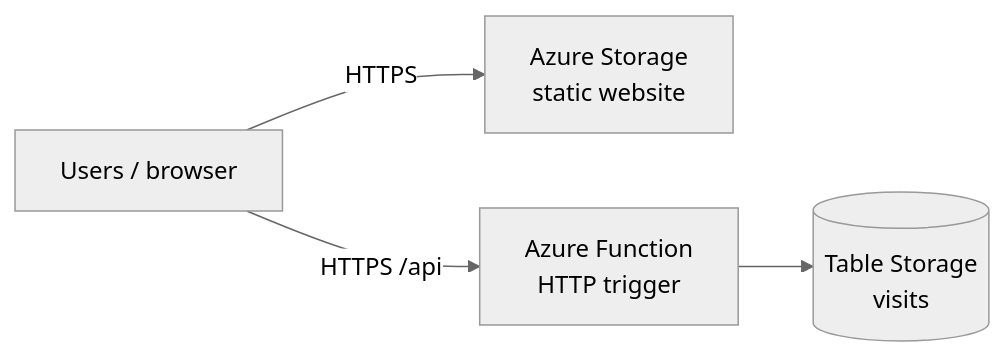
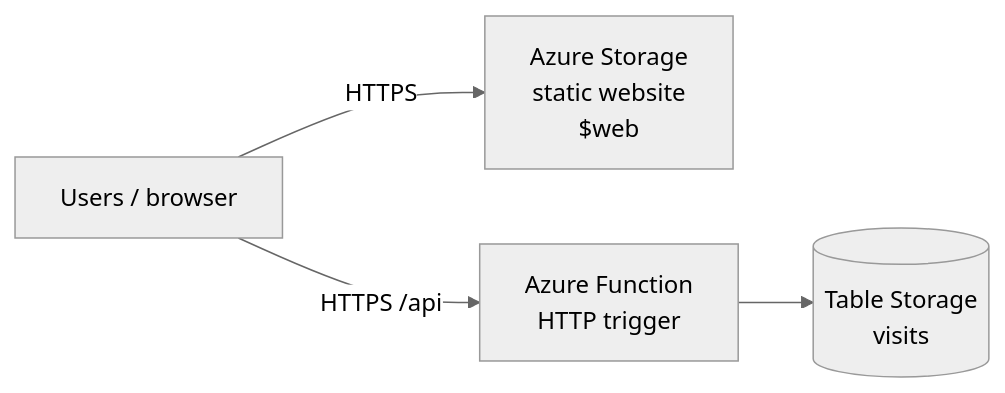
Before and after one commit to mrbobbyboykin/Projects: the diagram in project-5-azure-static-site/README.md, drawn with Mermaid (neutral theme). The commit also changed other lines of this file and 2 other files, not shown here.

````diff
--- a/project-5-azure-static-site/README.md
+++ b/project-5-azure-static-site/README.md
@@ -44,11 +33,11 @@
 ```mermaid
 flowchart LR
   Users[Users / browser]
-  SA[Azure Storage\nstatic website]
+  SA[Azure Storage\nstatic website\n$web]
   Fn[Azure Function\nHTTP trigger]
   Table[(Table Storage\nvisits)]
 
   Users -->|HTTPS| SA
   Users -->|HTTPS /api| Fn
   Fn --> Table
 ```
````
